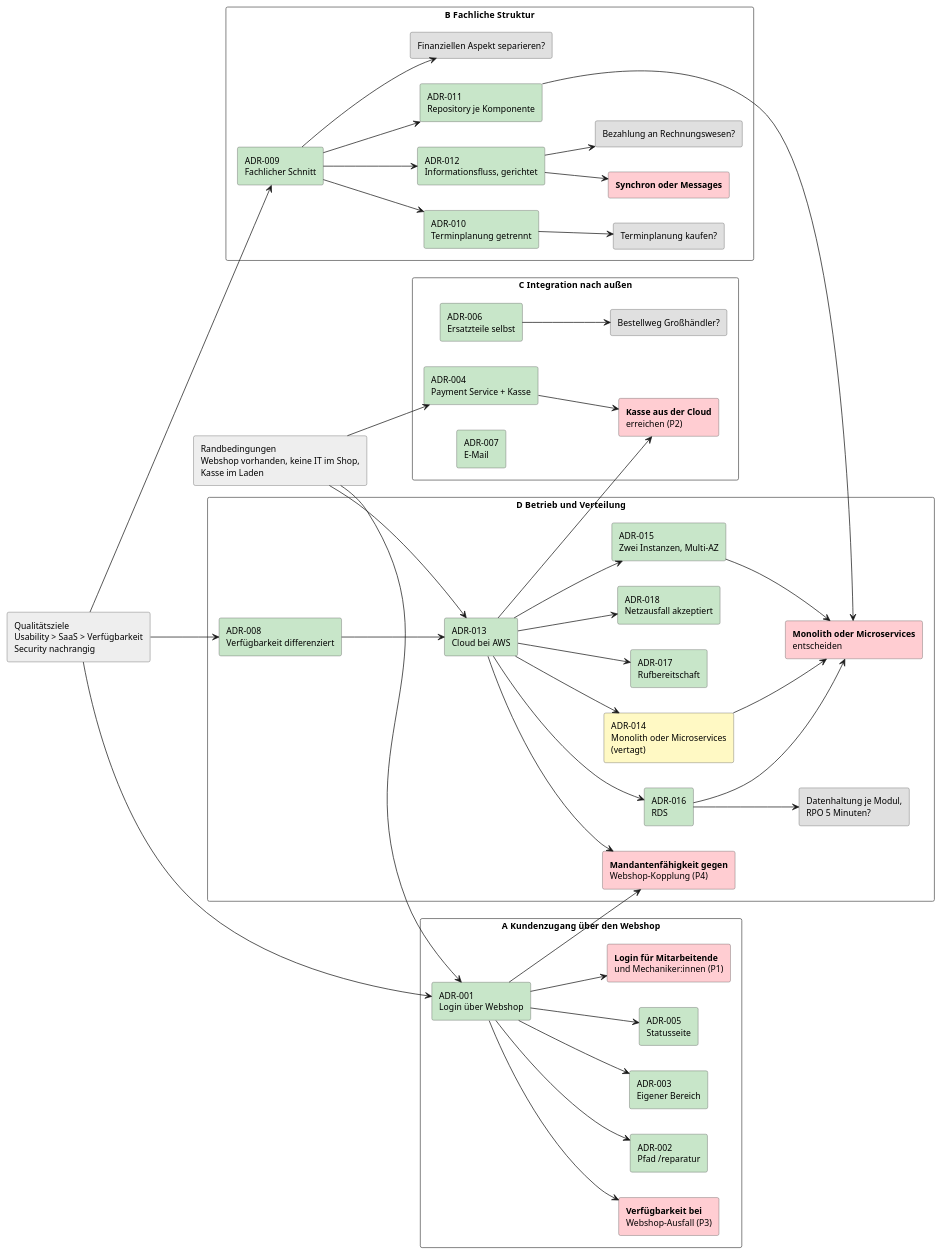
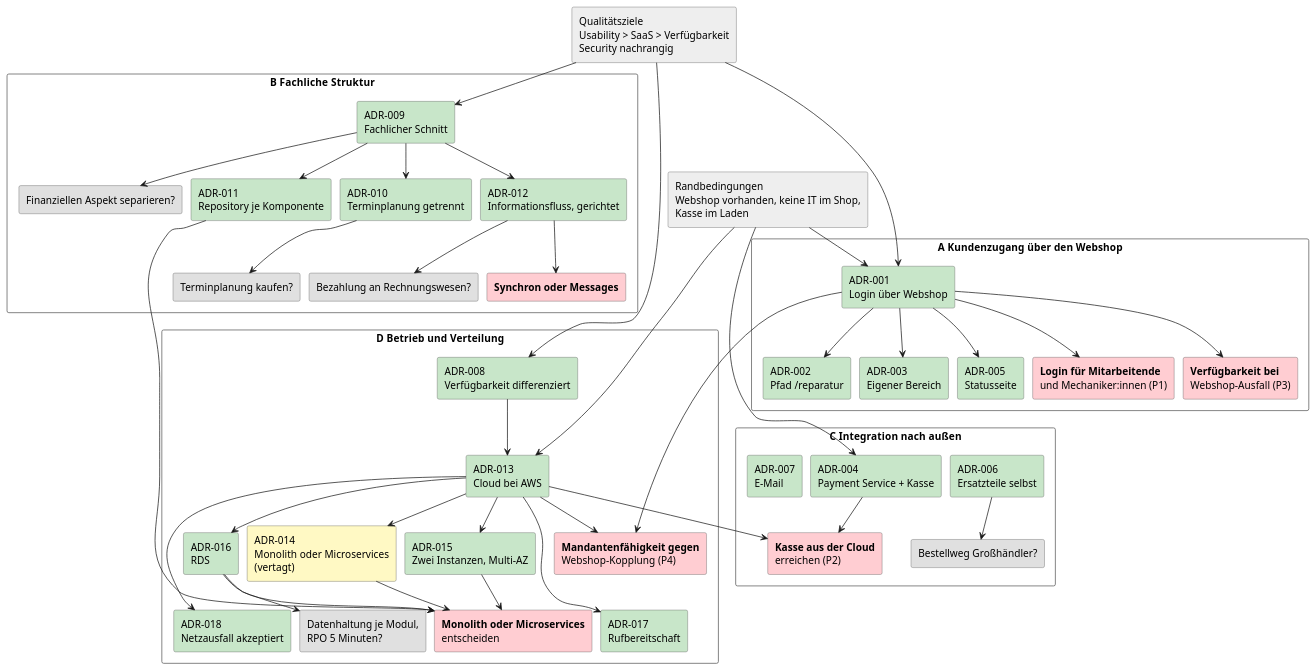
One commit to LLM-Coding/fahrrad-reparatur-architektur changed the diagram in src/docs/arc42/chapters/09_architecture_decisions.adoc. Above: the diagram before and after it, drawn with PlantUML.

Commit message:
feat(contest): Optionen and Bewertung slides, compact decision map
- Two new slides per round: options of both authors side by side, Pugh matrix from the optional appendix
- Pugh appendices name options as Option 1/2/3 (A/B/C collided with author labels); README and TEMPLATE explain the optional appendix
- Chapter 9 decision map as 2x2 package grid (aspect 2.2 instead of 6.7) so it fits a 16:9 slide

```diff
--- a/src/docs/arc42/chapters/09_architecture_decisions.adoc
+++ b/src/docs/arc42/chapters/09_architecture_decisions.adoc
@@ -53,10 +53,11 @@
 ----
 skinparam rectangle {
   BorderColor #555
-  FontSize 12
+  FontSize 14
 }
 skinparam packageStyle rectangle
-left to right direction
+skinparam nodesep 12
+skinparam ranksep 40
 
 rectangle "Qualitätsziele\nUsability > SaaS > Verfügbarkeit\nSecurity nachrangig" as ziele #EEEEEE
 rectangle "Randbedingungen\nWebshop vorhanden, keine IT im Shop,\nKasse im Laden" as rb #EEEEEE
@@ -136,4 +137,8 @@
 d16 --> o5
 d13 --> f5
 a1 --> f5
+f6 -[hidden]down- c4
+o1 -[hidden]down- d8
+d15 -[hidden]down- d17
+d16 -[hidden]down- d18
 ----
```
